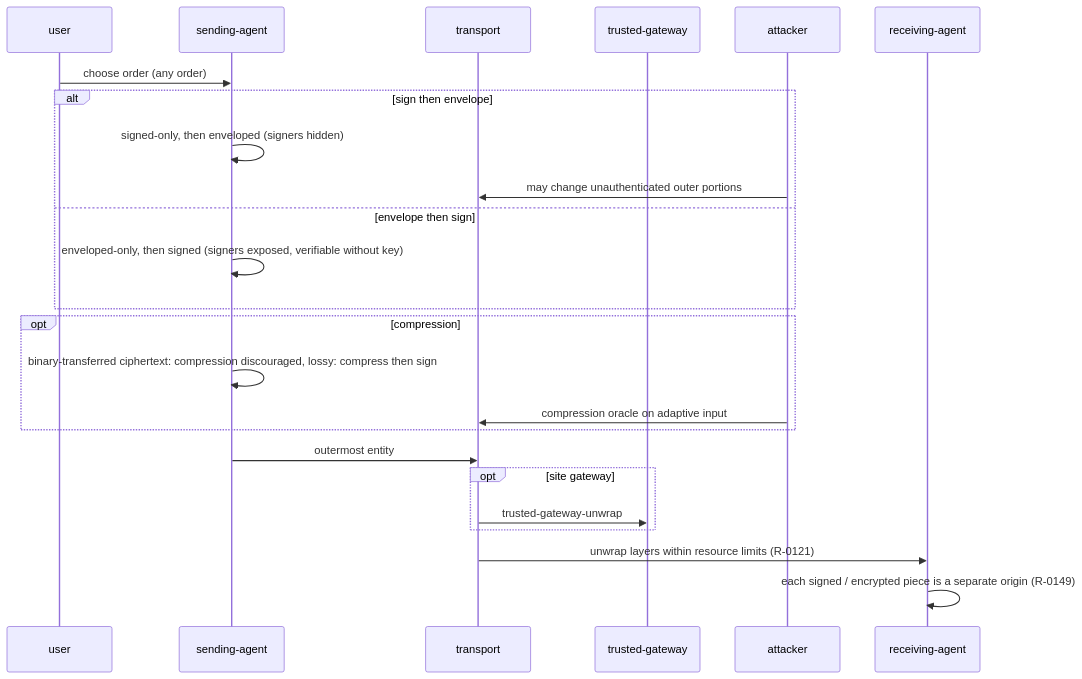
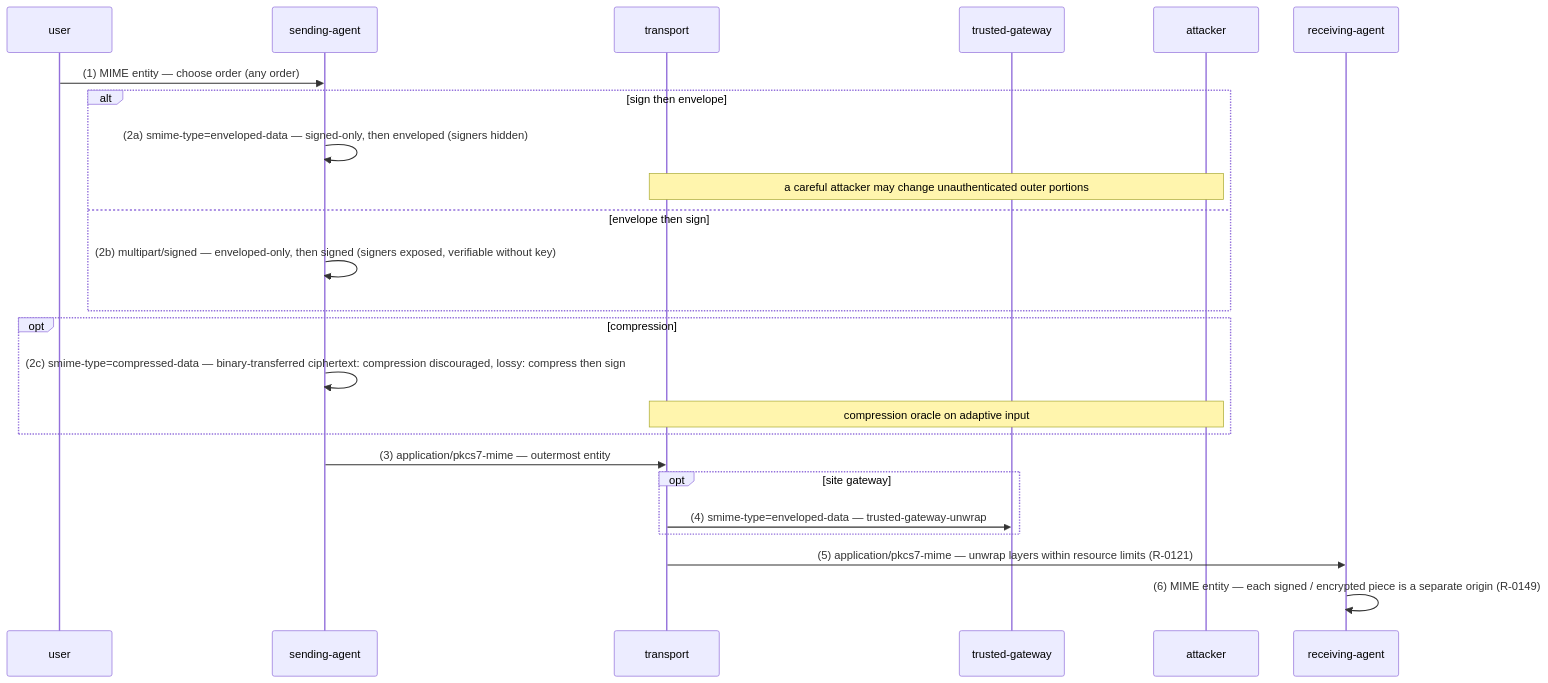
One commit to m-of-n/library changed diagram 12 of 28 in records/ietf/rfc-8551/distilled/protocol.md. Above: the diagram before and after it, drawn with Mermaid. The commit also changed other lines of this file and 10 other files, not shown here.

````diff
--- a/records/ietf/rfc-8551/distilled/protocol.md
+++ b/records/ietf/rfc-8551/distilled/protocol.md
@@ -301,26 +304,26 @@
 ```mermaid
 sequenceDiagram
   participant U as user
   participant SA as sending-agent
   participant T as transport
   participant TG as trusted-gateway
   participant X as attacker
   participant RA as receiving-agent
-  U->>SA: choose order (any order)
+  U->>SA: (1) MIME entity — choose order (any order)
   alt sign then envelope
-    SA->>SA: signed-only, then enveloped (signers hidden)
-    X->>T: may change unauthenticated outer portions
+    SA->>SA: (2a) smime-type=enveloped-data — signed-only, then enveloped (signers hidden)
+    Note over T,X: a careful attacker may change unauthenticated outer portions
   else envelope then sign
-    SA->>SA: enveloped-only, then signed (signers exposed, verifiable without key)
+    SA->>SA: (2b) multipart/signed — enveloped-only, then signed (signers exposed, verifiable without key)
   end
   opt compression
-    SA->>SA: binary-transferred ciphertext: compression discouraged, lossy: compress then sign
-    X->>T: compression oracle on adaptive input
+    SA->>SA: (2c) smime-type=compressed-data — binary-transferred ciphertext: compression discouraged, lossy: compress then sign
+    Note over T,X: compression oracle on adaptive input
   end
-  SA->>T: outermost entity
+  SA->>T: (3) application/pkcs7-mime — outermost entity
   opt site gateway
-    T->>TG: trusted-gateway-unwrap
+    T->>TG: (4) smime-type=enveloped-data — trusted-gateway-unwrap
   end
-  T->>RA: unwrap layers within resource limits (R-0121)
-  RA->>RA: each signed / encrypted piece is a separate origin (R-0149)
+  T->>RA: (5) application/pkcs7-mime — unwrap layers within resource limits (R-0121)
+  RA->>RA: (6) MIME entity — each signed / encrypted piece is a separate origin (R-0149)
 ```
````
